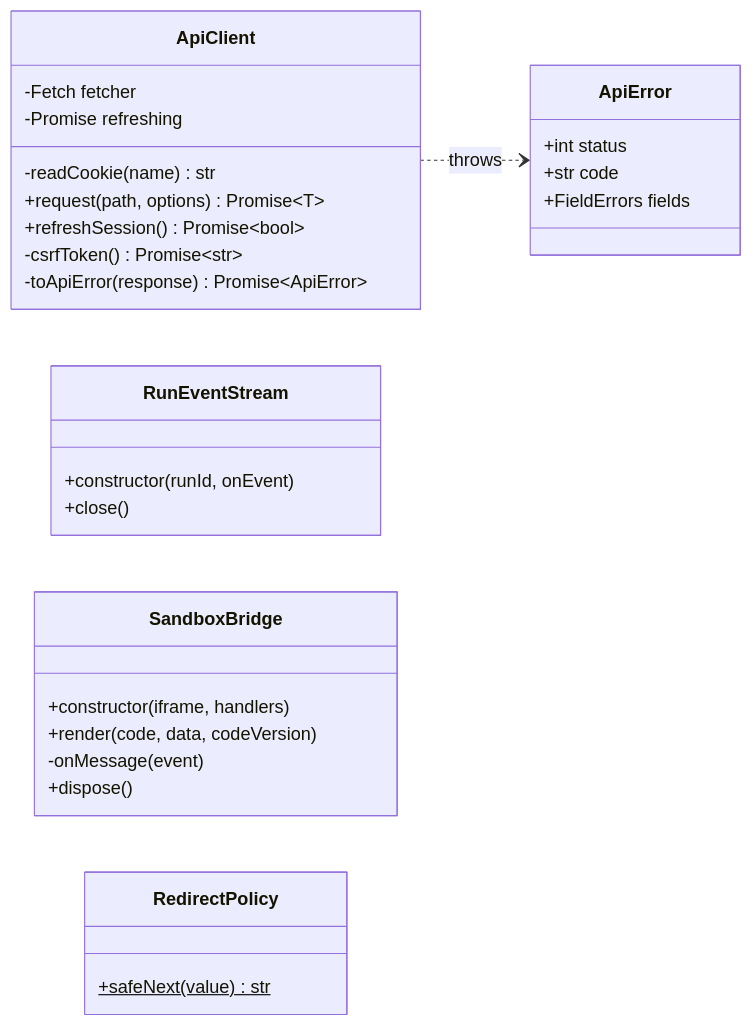
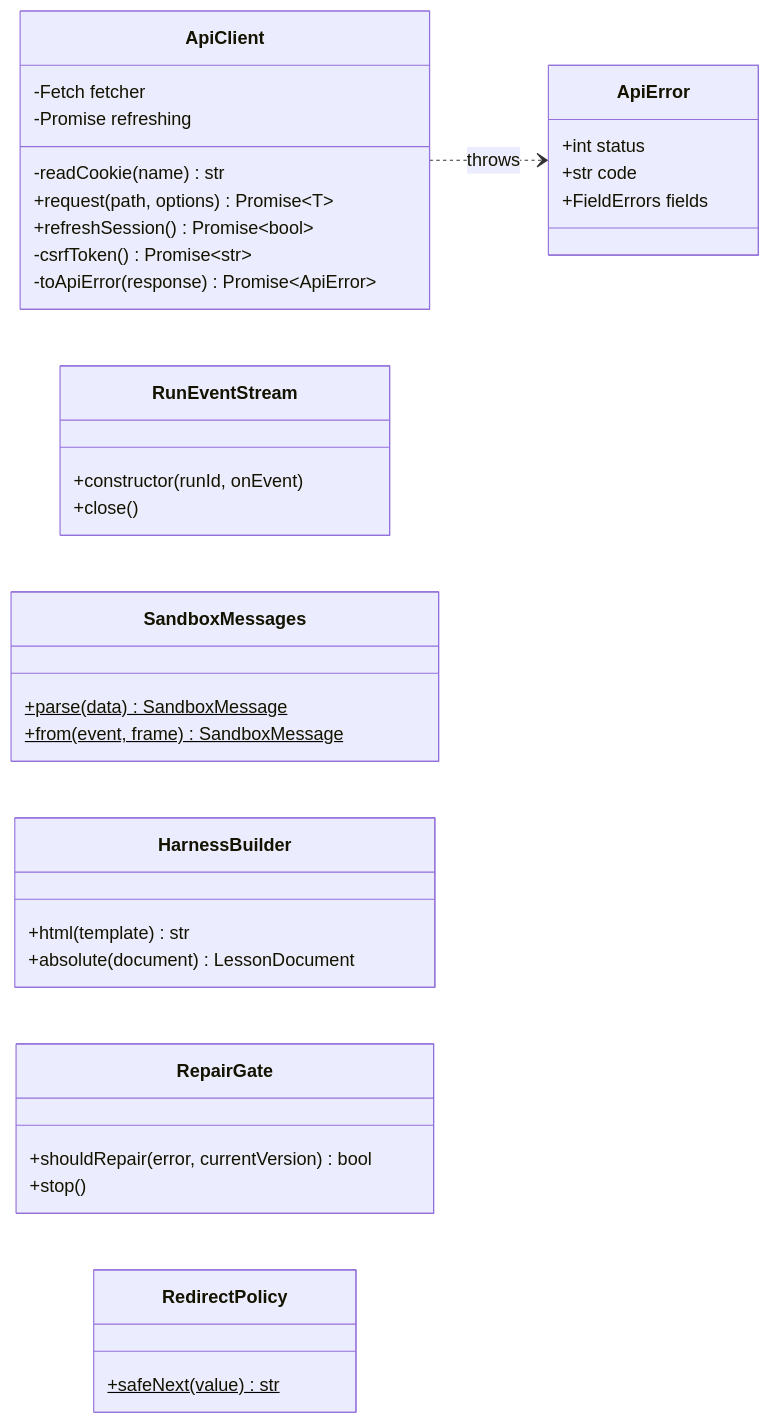
Before and after one commit to Satyamkumarjha4/Intelilearn: diagram 14 of 15 in docs/design.md, drawn with Mermaid. The commit also changed other lines of this file and 4 other files, not shown here.

Commit message:
docs: Stage C and runtime repair as built, the document, repair and versions endpoints, the viewer; tick Phase 6 items

````diff
--- a/docs/design.md
+++ b/docs/design.md
@@ -1077,32 +1077,38 @@
 ```mermaid
 classDiagram
     direction LR
     class ApiClient {
         -Fetch fetcher
         -readCookie(name) str
         -Promise refreshing
         +request(path, options) Promise~T~
         +refreshSession() Promise~bool~
         -csrfToken() Promise~str~
         -toApiError(response) Promise~ApiError~
     }
     class ApiError {
         +int status
         +str code
         +FieldErrors fields
     }
     class RunEventStream {
         +constructor(runId, onEvent)
         +close()
     }
-    class SandboxBridge {
-        +constructor(iframe, handlers)
-        +render(code, data, codeVersion)
-        -onMessage(event)
-        +dispose()
+    class SandboxMessages {
+        +parse(data)$ SandboxMessage
+        +from(event, frame)$ SandboxMessage
+    }
+    class HarnessBuilder {
+        +html(template) str
+        +absolute(document) LessonDocument
+    }
+    class RepairGate {
+        +shouldRepair(error, currentVersion) bool
+        +stop()
     }
     class RedirectPolicy {
         +safeNext(value)$ str
     }
     ApiClient ..> ApiError : throws
 ```
````
